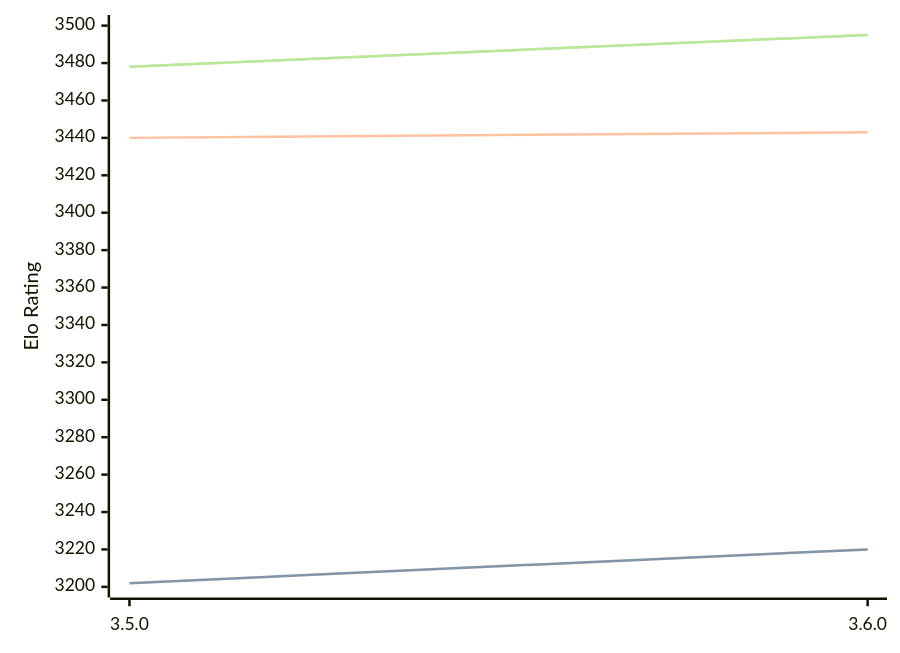
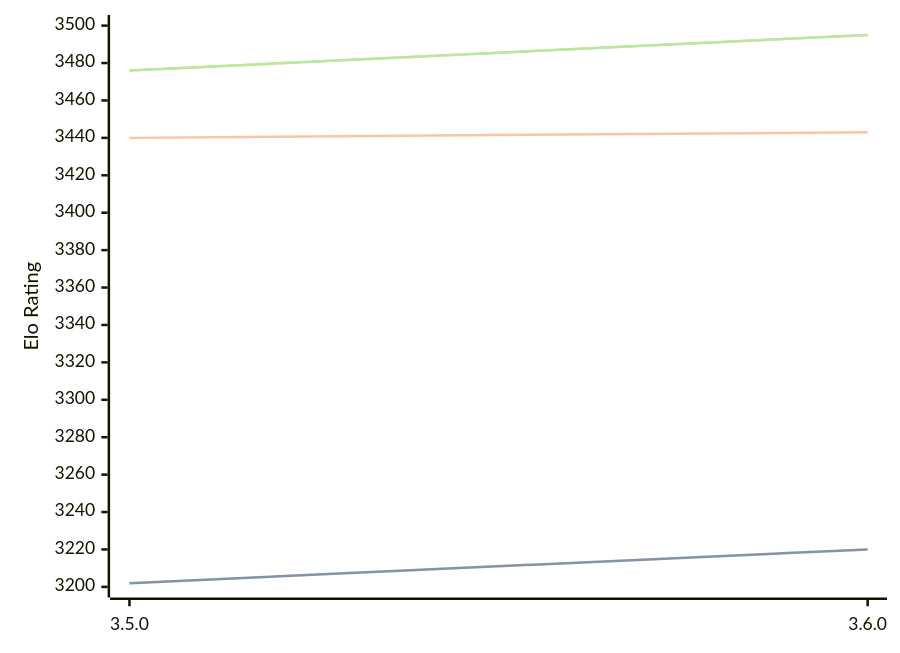
Before and after one commit to computer-chess-index/cci: the diagram in engines/Igel.md, drawn with Mermaid. The commit also changed other lines of this file, not shown here.

Commit message:
Update CCI Ratings (ELO VLTC) - 2026-04-21

````diff
--- a/engines/Igel.md
+++ b/engines/Igel.md
@@ -68,11 +68,11 @@
 ```mermaid
 %%{init: {"theme":"base","themeVariables":{"seriesColors:['#a3a3a3','#222221','#faa371']}}}%%
 xychart-beta
   x-axis ["3.5.0", "3.6.0"]
   y-axis "Elo Rating" 3200 --> 3500
   line "STC (8.0+0.08s)" [3202, 3220]
   line "STC (8.0+0.08s)" [3202, 3220]
   line "LTC (60.0+0.60s)" [3440, 3443]
-  line "VLTC (2m24s+1.12s)" [3478, 3495]
-  line "VLTC (2m24s+1.12s)" [3478, 3495]
+  line "VLTC (2m24s+1.12s)" [3476, 3495]
+  line "VLTC (2m24s+1.12s)" [3476, 3495]
 ```
````
